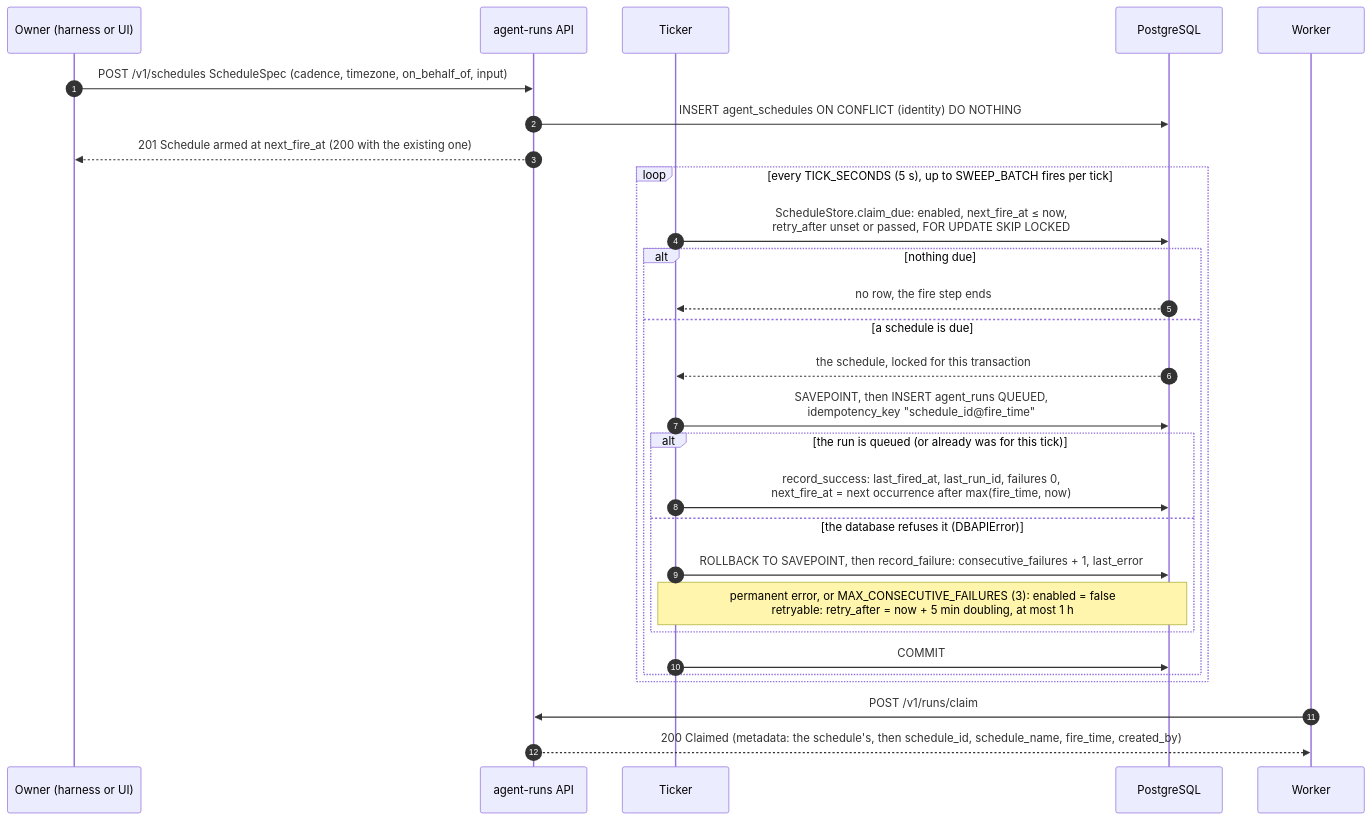
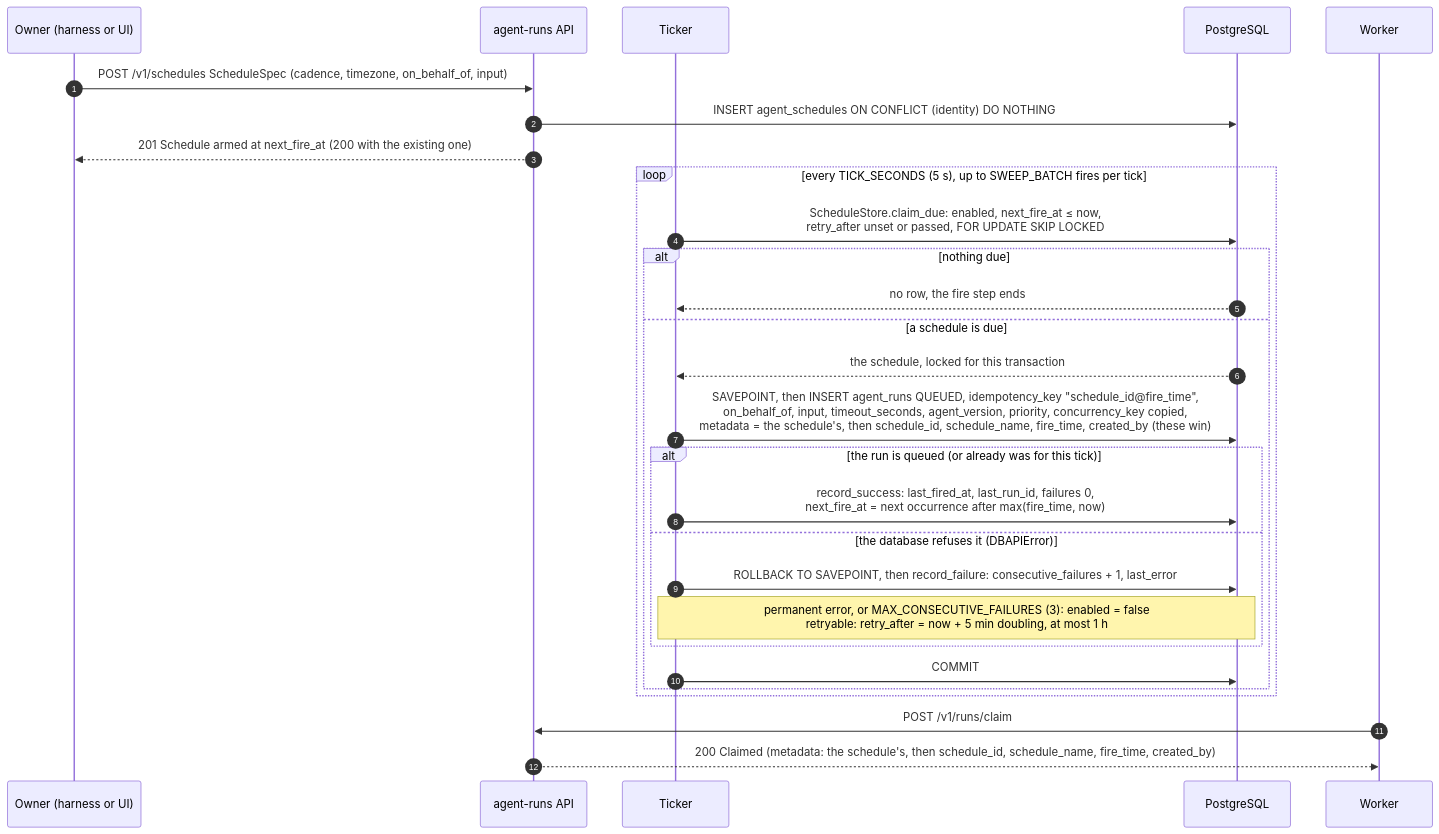
One commit to amitmohapatra/agent-runs changed the eighth of 11 diagrams in docs/ARCHITECTURE.md. Above: the diagram before and after it, drawn with Mermaid. The commit also changed other lines of this file and 11 other files, not shown here.

First line of the commit message:
Docs: a Start-here README, the sequences, config, troubleshooting, ADRs

````diff
--- a/docs/ARCHITECTURE.md
+++ b/docs/ARCHITECTURE.md
@@ -274,33 +458,33 @@
 ```mermaid
 sequenceDiagram
   autonumber
   participant O as Owner (harness or UI)
   participant A as agent-runs API
   participant T as Ticker
   participant DB as PostgreSQL
   participant W as Worker
 
   O->>A: POST /v1/schedules ScheduleSpec (cadence, timezone, on_behalf_of, input)
   A->>DB: INSERT agent_schedules ON CONFLICT (identity) DO NOTHING
   A-->>O: 201 Schedule armed at next_fire_at (200 with the existing one)
 
   loop every TICK_SECONDS (5 s), up to SWEEP_BATCH fires per tick
     T->>DB: ScheduleStore.claim_due: enabled, next_fire_at ≤ now,<br/>retry_after unset or passed, FOR UPDATE SKIP LOCKED
     alt nothing due
       DB-->>T: no row, the fire step ends
     else a schedule is due
       DB-->>T: the schedule, locked for this transaction
-      T->>DB: SAVEPOINT, then INSERT agent_runs QUEUED,<br/>idempotency_key "schedule_id@fire_time"
+      T->>DB: SAVEPOINT, then INSERT agent_runs QUEUED, idempotency_key "schedule_id@fire_time",<br/>on_behalf_of, input, timeout_seconds, agent_version, priority, concurrency_key copied,<br/>metadata = the schedule's, then schedule_id, schedule_name, fire_time, created_by (these win)
       alt the run is queued (or already was for this tick)
         T->>DB: record_success: last_fired_at, last_run_id, failures 0,<br/>next_fire_at = next occurrence after max(fire_time, now)
       else the database refuses it (DBAPIError)
         T->>DB: ROLLBACK TO SAVEPOINT, then record_failure: consecutive_failures + 1, last_error
         Note over T,DB: permanent error, or MAX_CONSECUTIVE_FAILURES (3): enabled = false<br/>retryable: retry_after = now + 5 min doubling, at most 1 h
       end
       T->>DB: COMMIT
     end
   end
 
   W->>A: POST /v1/runs/claim
   A-->>W: 200 Claimed (metadata: the schedule's, then schedule_id, schedule_name, fire_time, created_by)
 ```
````
